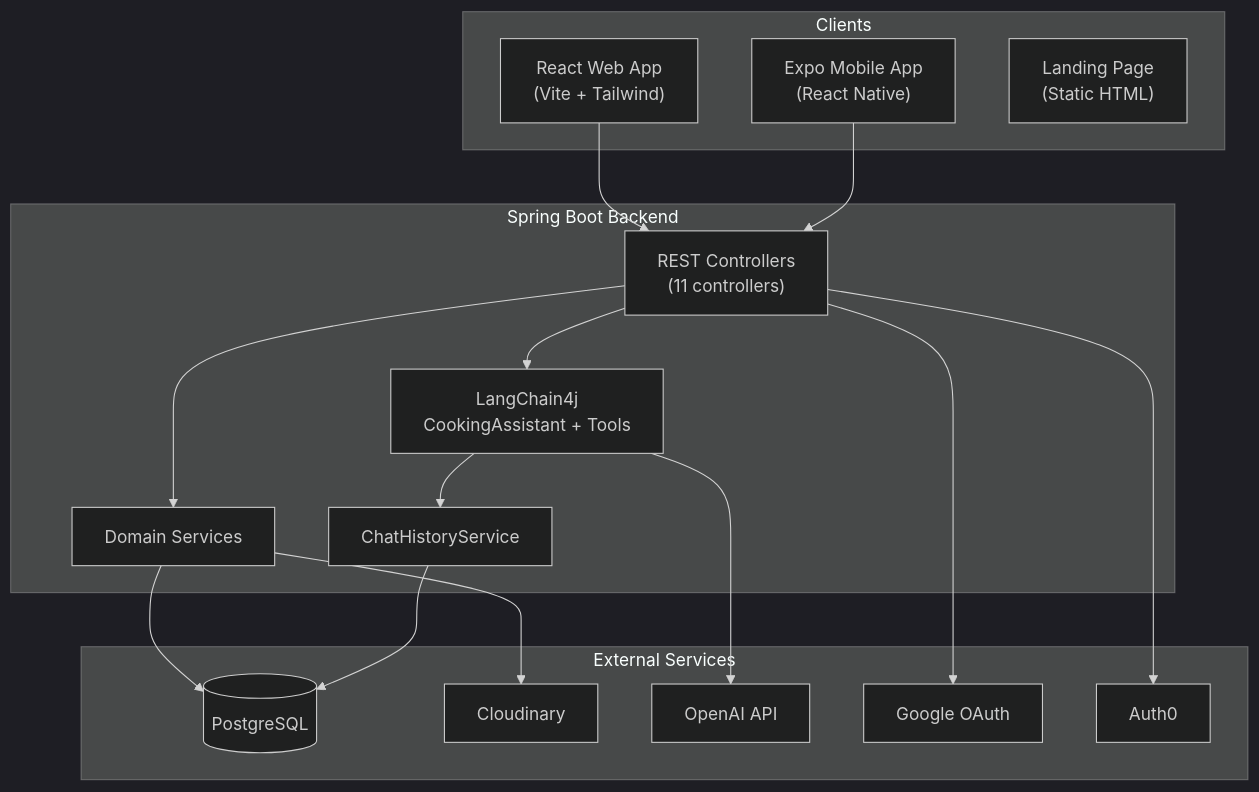
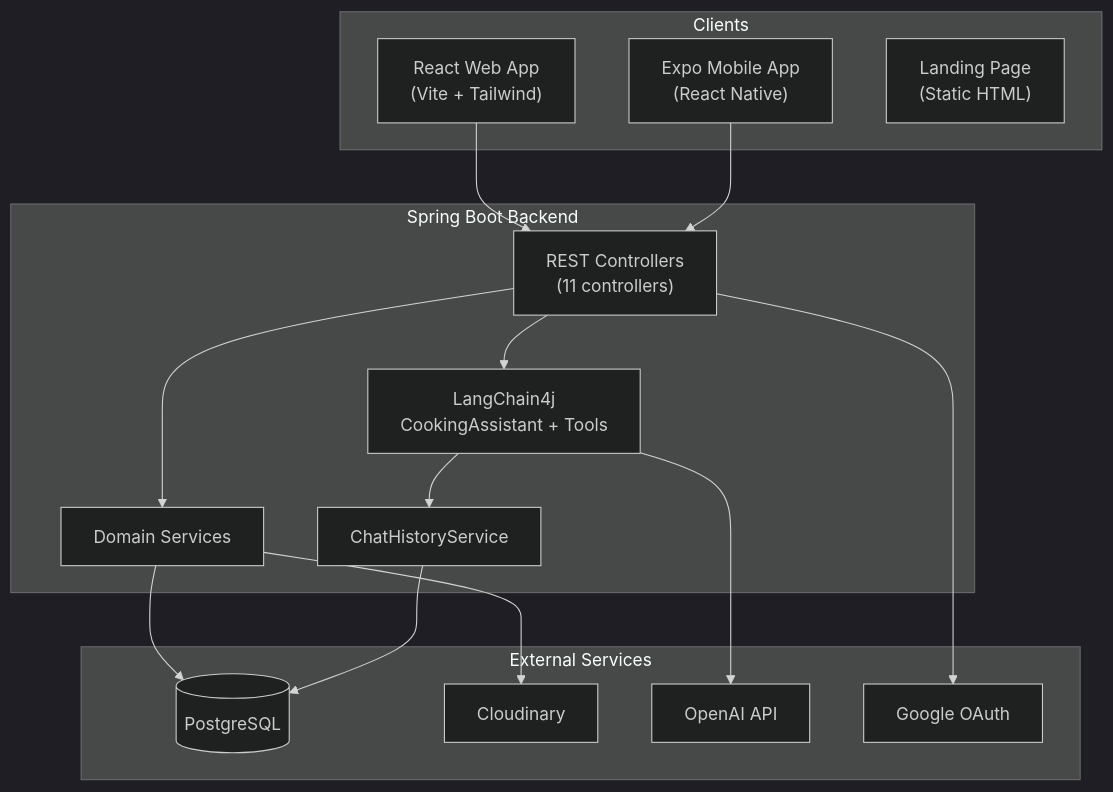
One commit to frenchdog0802/cookcopilot changed the diagram in PROJECT_STATUS.md. Above: the diagram before and after it, drawn with Mermaid (dark theme). The commit also changed other lines of this file and 1 other file, not shown here.

First line of the commit message:
Document Auth0 removal from backend auth.

````diff
--- a/PROJECT_STATUS.md
+++ b/PROJECT_STATUS.md
@@ -367,35 +367,33 @@
 ```mermaid
 flowchart TB
     subgraph clients [Clients]
         Web["React Web App<br/>(Vite + Tailwind)"]
         Mobile["Expo Mobile App<br/>(React Native)"]
         LP["Landing Page<br/>(Static HTML)"]
     end
 
     subgraph backend [Spring Boot Backend]
         API["REST Controllers<br/>(11 controllers)"]
         SVC["Domain Services"]
         AI["LangChain4j<br/>CookingAssistant + Tools"]
         CHS["ChatHistoryService"]
     end
 
     subgraph data [External Services]
         PG[(PostgreSQL)]
         CL[Cloudinary]
         OAI[OpenAI API]
         GAuth[Google OAuth]
-        A0[Auth0]
     end
 
     Web --> API
     Mobile --> API
     API --> SVC
     SVC --> PG
     API --> AI
     AI --> OAI
     AI --> CHS
     CHS --> PG
     SVC --> CL
     API --> GAuth
-    API --> A0
 ```
````
